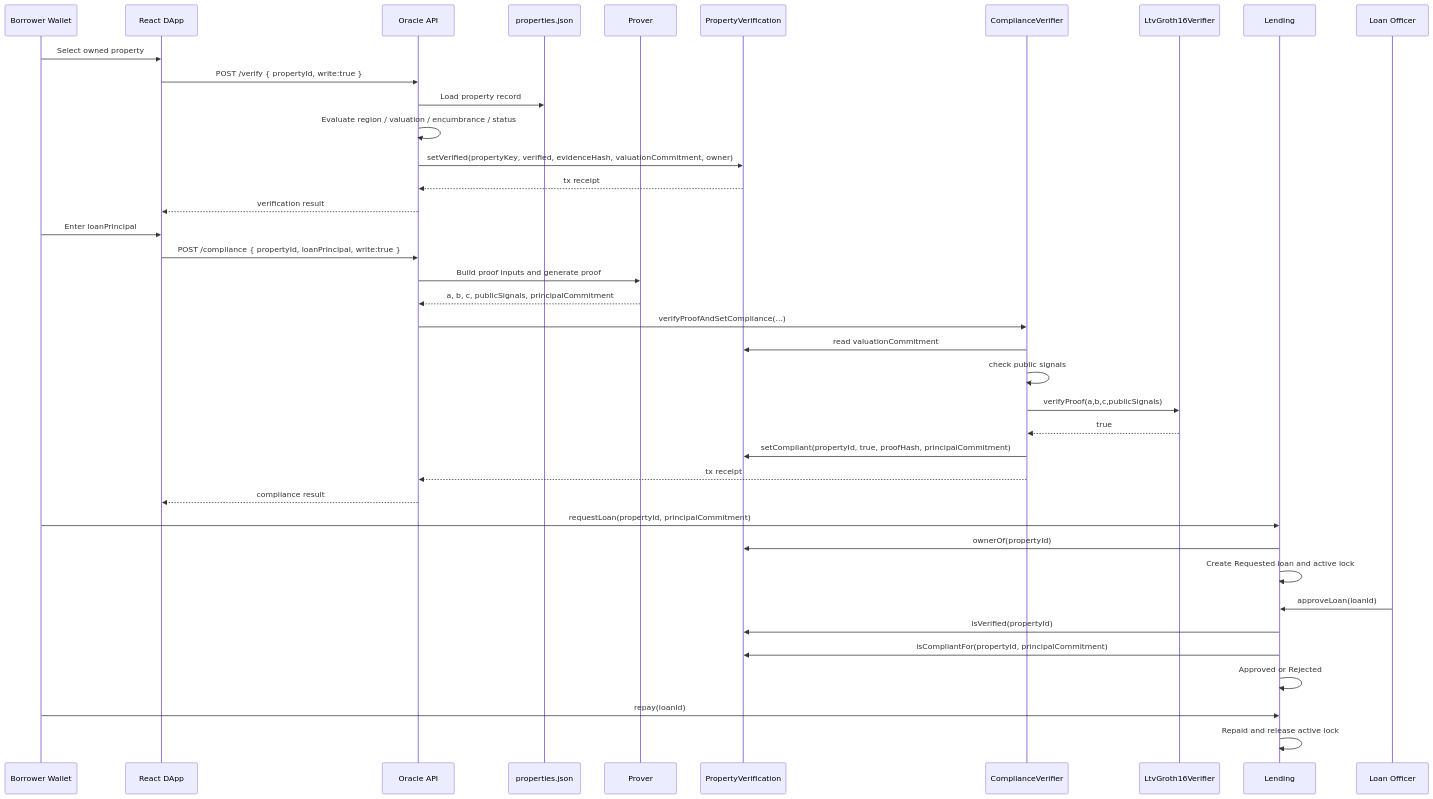
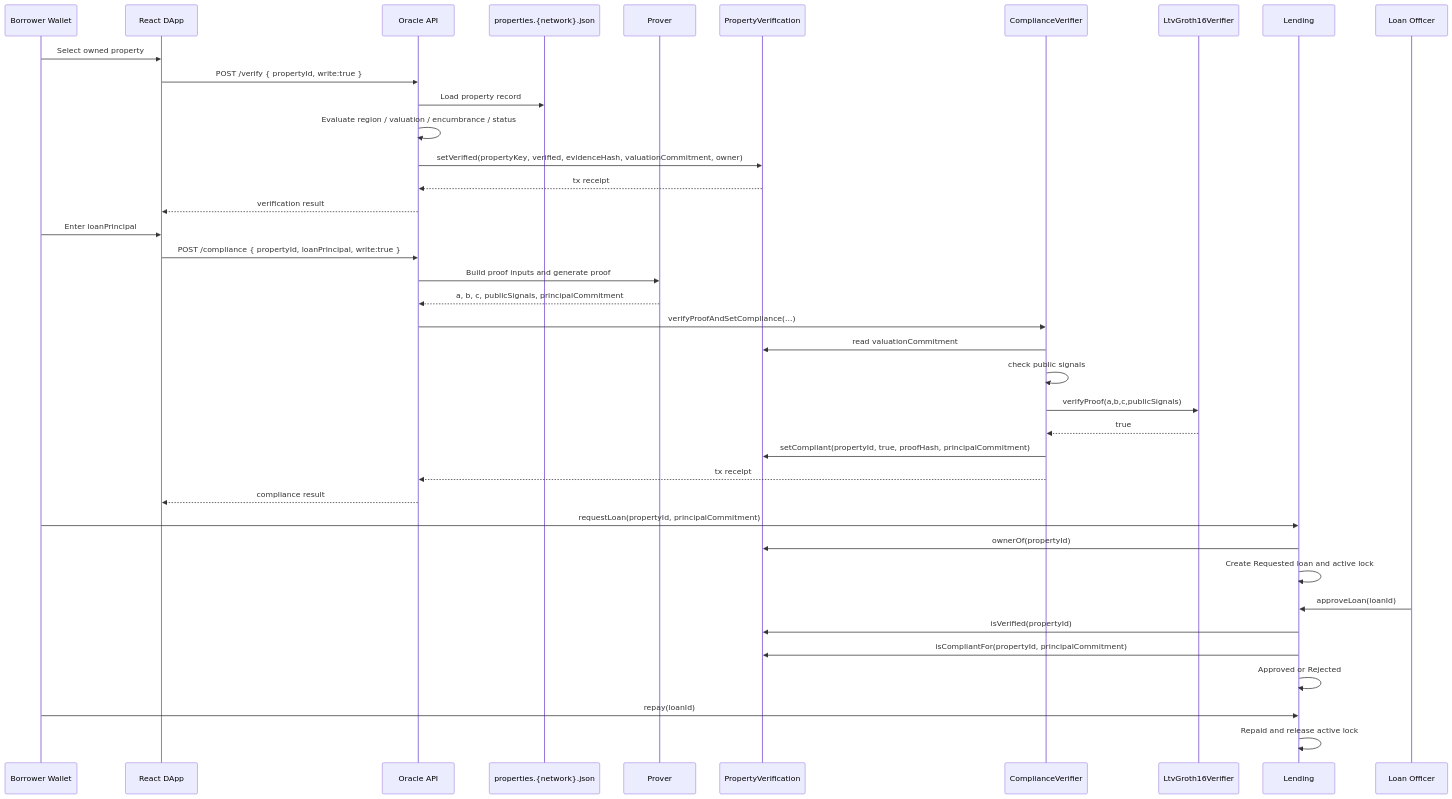
The ninth of 10 diagrams in README.md (Alan42x/proofestate), drawn with Mermaid before and after one commit. The commit also changed other lines of this file and 15 other files, not shown here.

````diff
--- a/README.md
+++ b/README.md
@@ -630,44 +630,44 @@
 ```mermaid
 sequenceDiagram
   participant B as Borrower Wallet
   participant UI as React DApp
   participant O as Oracle API
-  participant D as properties.json
+  participant D as properties.{network}.json
   participant P as Prover
   participant PV as PropertyVerification
   participant CV as ComplianceVerifier
   participant GV as LtvGroth16Verifier
   participant L as Lending
   participant LO as Loan Officer
 
   B->>UI: Select owned property
   UI->>O: POST /verify { propertyId, write:true }
   O->>D: Load property record
   O->>O: Evaluate region / valuation / encumbrance / status
   O->>PV: setVerified(propertyKey, verified, evidenceHash, valuationCommitment, owner)
   PV-->>O: tx receipt
   O-->>UI: verification result
 
   B->>UI: Enter loanPrincipal
   UI->>O: POST /compliance { propertyId, loanPrincipal, write:true }
   O->>P: Build proof inputs and generate proof
   P-->>O: a, b, c, publicSignals, principalCommitment
   O->>CV: verifyProofAndSetCompliance(...)
   CV->>PV: read valuationCommitment
   CV->>CV: check public signals
   CV->>GV: verifyProof(a,b,c,publicSignals)
   GV-->>CV: true
   CV->>PV: setCompliant(propertyId, true, proofHash, principalCommitment)
   CV-->>O: tx receipt
   O-->>UI: compliance result
 
   B->>L: requestLoan(propertyId, principalCommitment)
   L->>PV: ownerOf(propertyId)
   L->>L: Create Requested loan and active lock
   LO->>L: approveLoan(loanId)
   L->>PV: isVerified(propertyId)
   L->>PV: isCompliantFor(propertyId, principalCommitment)
   L->>L: Approved or Rejected
   B->>L: repay(loanId)
   L->>L: Repaid and release active lock
 ```
````
